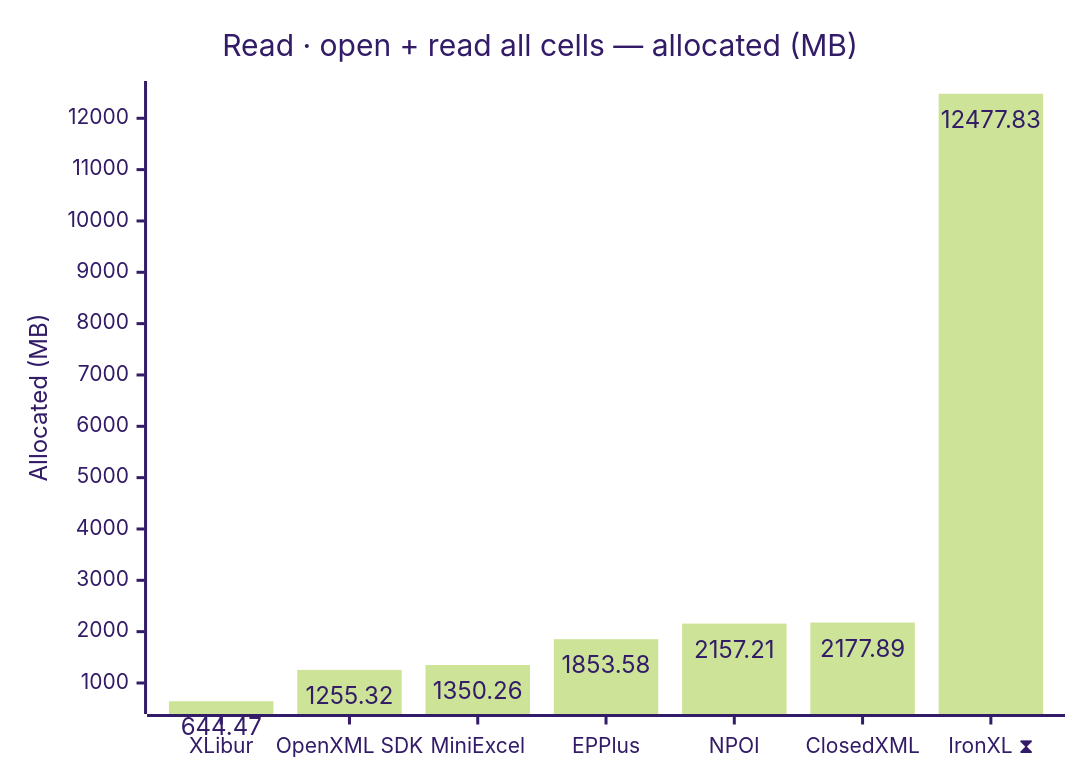
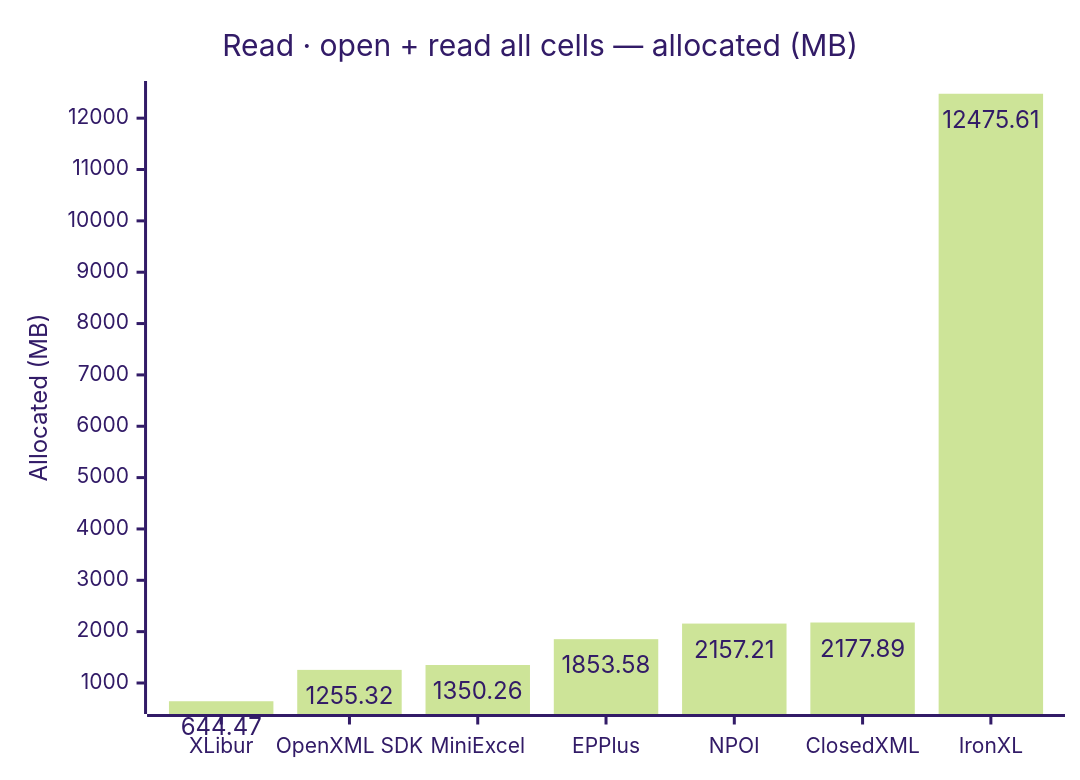
The fourth of 10 diagrams in docs/results.md (jafin/XLBench), drawn with Mermaid (forest theme) before and after one commit. The commit also changed other lines of this file and 3 other files, not shown here.

````diff
--- a/docs/results.md
+++ b/docs/results.md
@@ -78,12 +74,12 @@
 ```mermaid
 ---
 config:
   xyChart:
     showDataLabel: true
 ---
 xychart-beta
     title "Read · open + read all cells — allocated (MB)"
-    x-axis ["XLibur", "OpenXML SDK", "MiniExcel", "EPPlus", "NPOI", "ClosedXML", "IronXL ⧗"]
+    x-axis ["XLibur", "OpenXML SDK", "MiniExcel", "EPPlus", "NPOI", "ClosedXML", "IronXL"]
     y-axis "Allocated (MB)"
-    bar [644.47, 1255.32, 1350.26, 1853.58, 2157.21, 2177.89, 12477.83]
+    bar [644.47, 1255.32, 1350.26, 1853.58, 2157.21, 2177.89, 12475.61]
 ```
````
